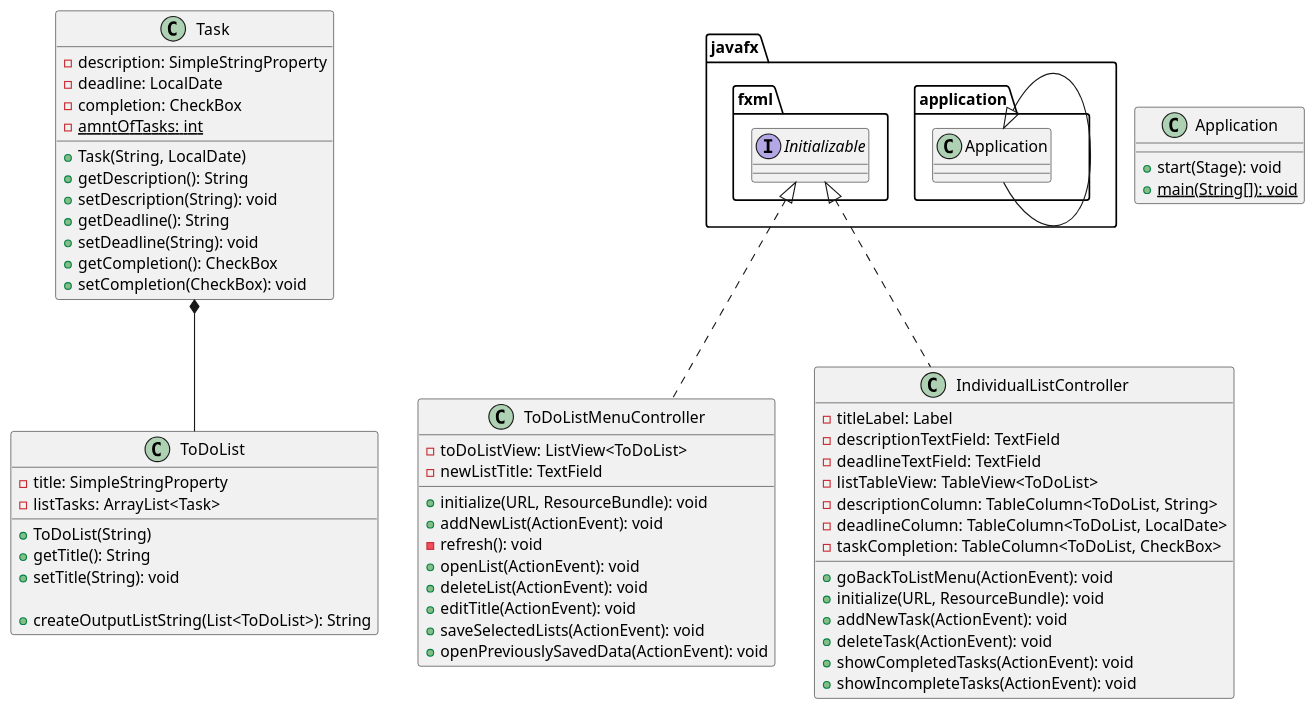
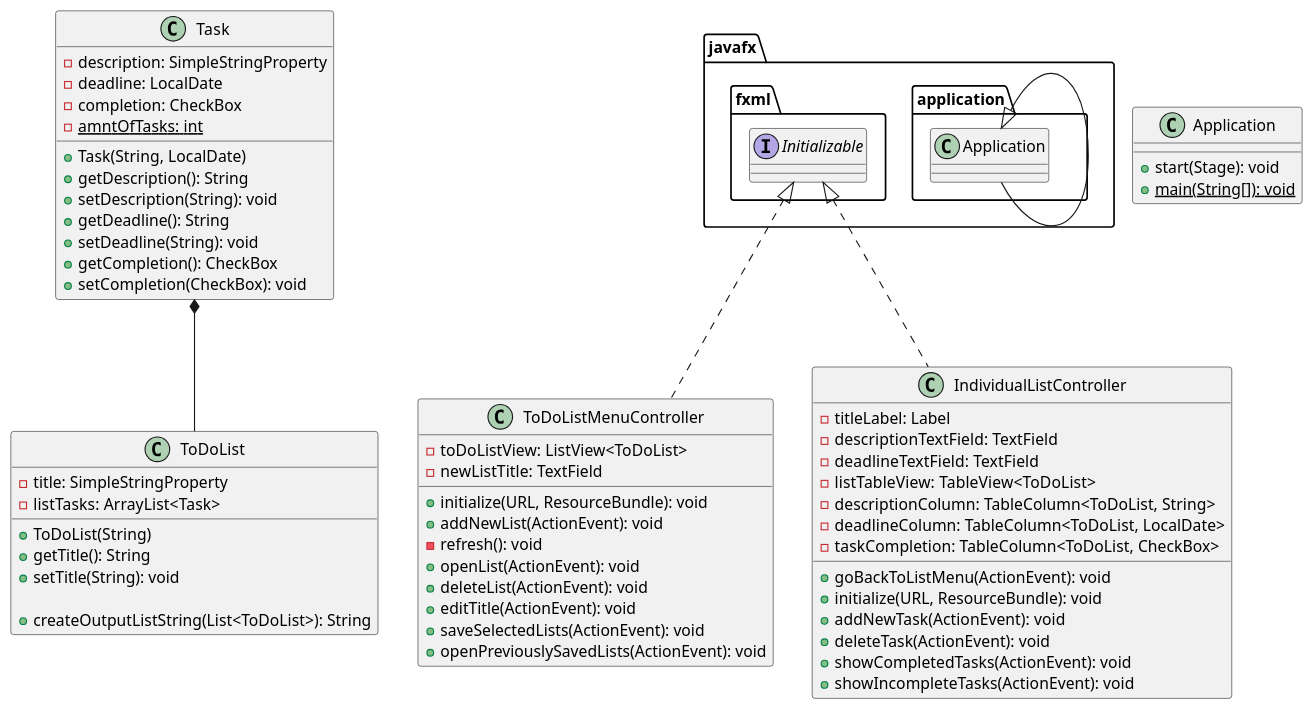
The diagram in ToDoListApplication/docs/ApplicationDiagram.puml (Zandroid505/Antifit-app1-design), drawn with PlantUML before and after one commit. The commit also changed other lines of this file and 8 other files, not shown here.

```diff
--- a/ToDoListApplication/docs/ApplicationDiagram.puml
+++ b/ToDoListApplication/docs/ApplicationDiagram.puml
@@ -1,73 +6,73 @@
 @startuml
 'https://plantuml.com/class-diagram
 
 Task *-- ToDoList
 javafx.application.Application <|-- Application
 class ToDoListMenuController implements javafx.fxml.Initializable
 class IndividualListController implements javafx.fxml.Initializable
 
 class ToDoList {
     - title: SimpleStringProperty
     - listTasks: ArrayList<Task>
 
     + ToDoList(String)
     + getTitle(): String
     + setTitle(String): void
 
     + createOutputListString(List<ToDoList>): String
 }
 
 class Task {
     - description: SimpleStringProperty
     - deadline: LocalDate
     - completion: CheckBox
     - {static} amntOfTasks: int
 
     + Task(String, LocalDate)
     + getDescription(): String
     + setDescription(String): void
     + getDeadline(): String
     + setDeadline(String): void
     + getCompletion(): CheckBox
     + setCompletion(CheckBox): void
 }
 
 class Application {
     + start(Stage): void
     + {static} main(String[]): void
 }
 
 class ToDoListMenuController {
     - toDoListView: ListView<ToDoList>
     - newListTitle: TextField
 
     + initialize(URL, ResourceBundle): void
     + addNewList(ActionEvent): void
     - refresh(): void
     + openList(ActionEvent): void
     + deleteList(ActionEvent): void
     + editTitle(ActionEvent): void
     + saveSelectedLists(ActionEvent): void
-    + openPreviouslySavedData(ActionEvent): void
+    + openPreviouslySavedLists(ActionEvent): void
 }
 
 class IndividualListController {
     - titleLabel: Label
     - descriptionTextField: TextField
     - deadlineTextField: TextField
     - listTableView: TableView<ToDoList>
     - descriptionColumn: TableColumn<ToDoList, String>
     - deadlineColumn: TableColumn<ToDoList, LocalDate>
     - taskCompletion: TableColumn<ToDoList, CheckBox>
 
     + goBackToListMenu(ActionEvent): void
     + initialize(URL, ResourceBundle): void
     + addNewTask(ActionEvent): void
     + deleteTask(ActionEvent): void
     + showCompletedTasks(ActionEvent): void
     + showIncompleteTasks(ActionEvent): void
 }
 
 
 
 @enduml
```
